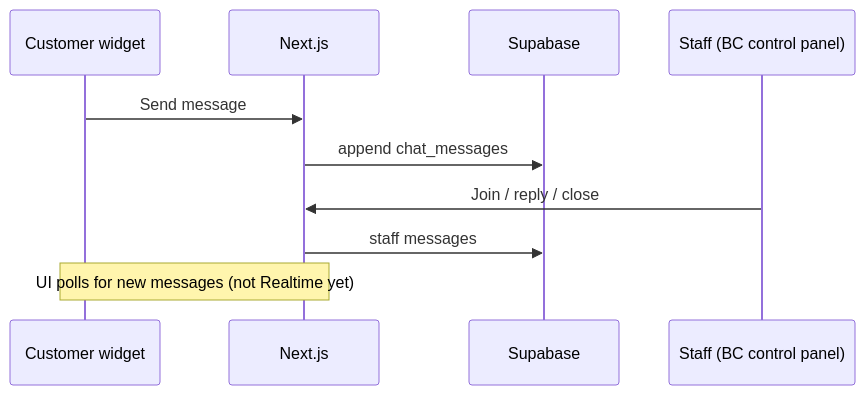
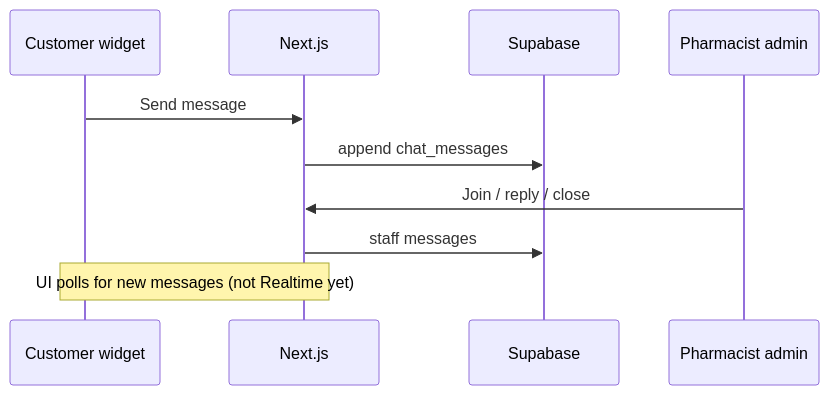
The fifth of 5 diagrams in docs/Liivv-Architecture.md (lolo19950603/liivv-test-catalyst-app), drawn with Mermaid before and after one commit. The commit also changed other lines of this file and 100 other files, not shown here.

````diff
--- a/docs/Liivv-Architecture.md
+++ b/docs/Liivv-Architecture.md
@@ -417,13 +510,13 @@
 ```mermaid
 sequenceDiagram
   participant U as Customer widget
   participant N as Next.js
   participant SB as Supabase
-  participant Staff as Staff (BC control panel)
+  participant Pharmacist as Pharmacist admin
 
   U->>N: Send message
   N->>SB: append chat_messages
-  Staff->>N: Join / reply / close
+  Pharmacist->>N: Join / reply / close
   N->>SB: staff messages
   Note over U,N: UI polls for new messages (not Realtime yet)
 ```
````
